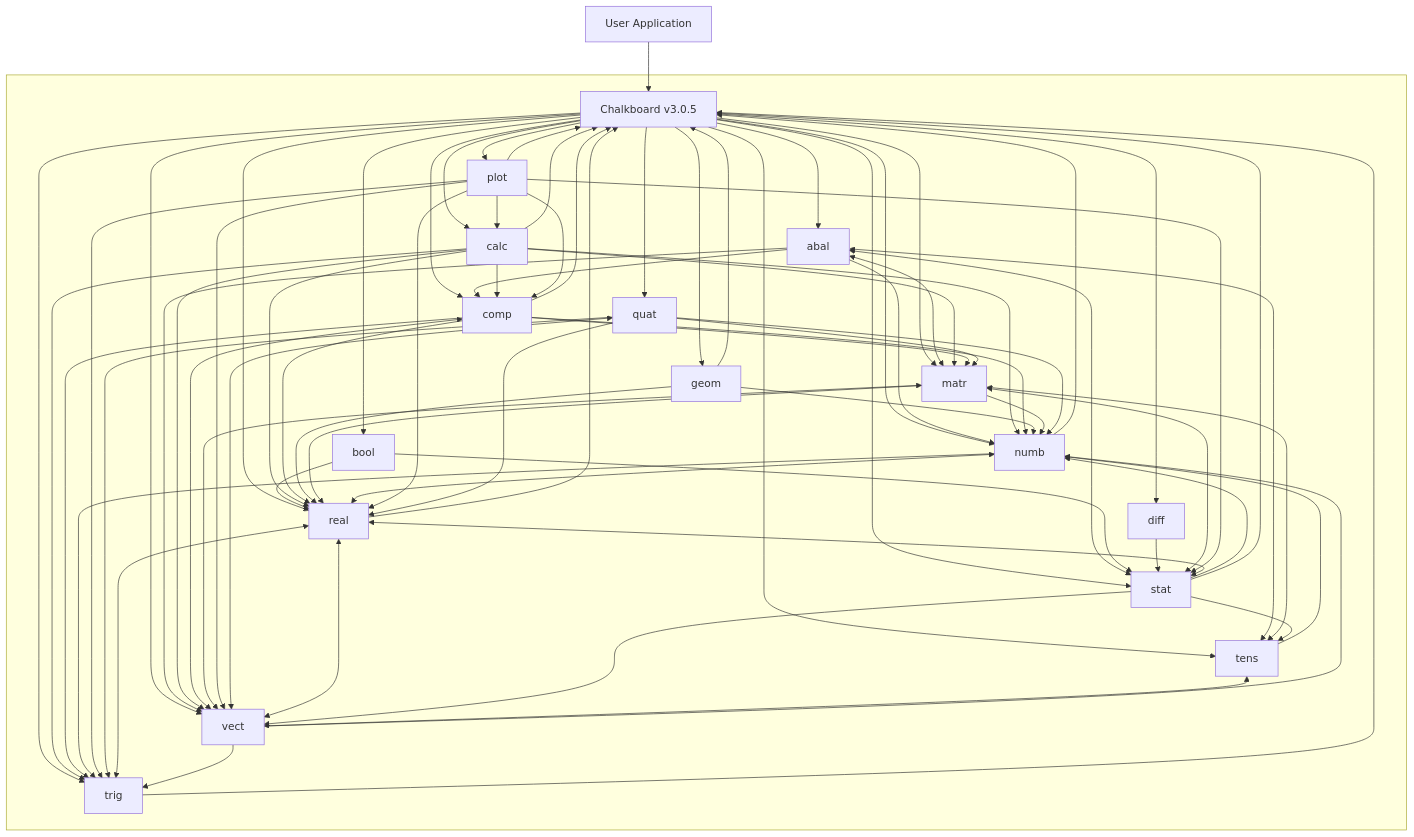
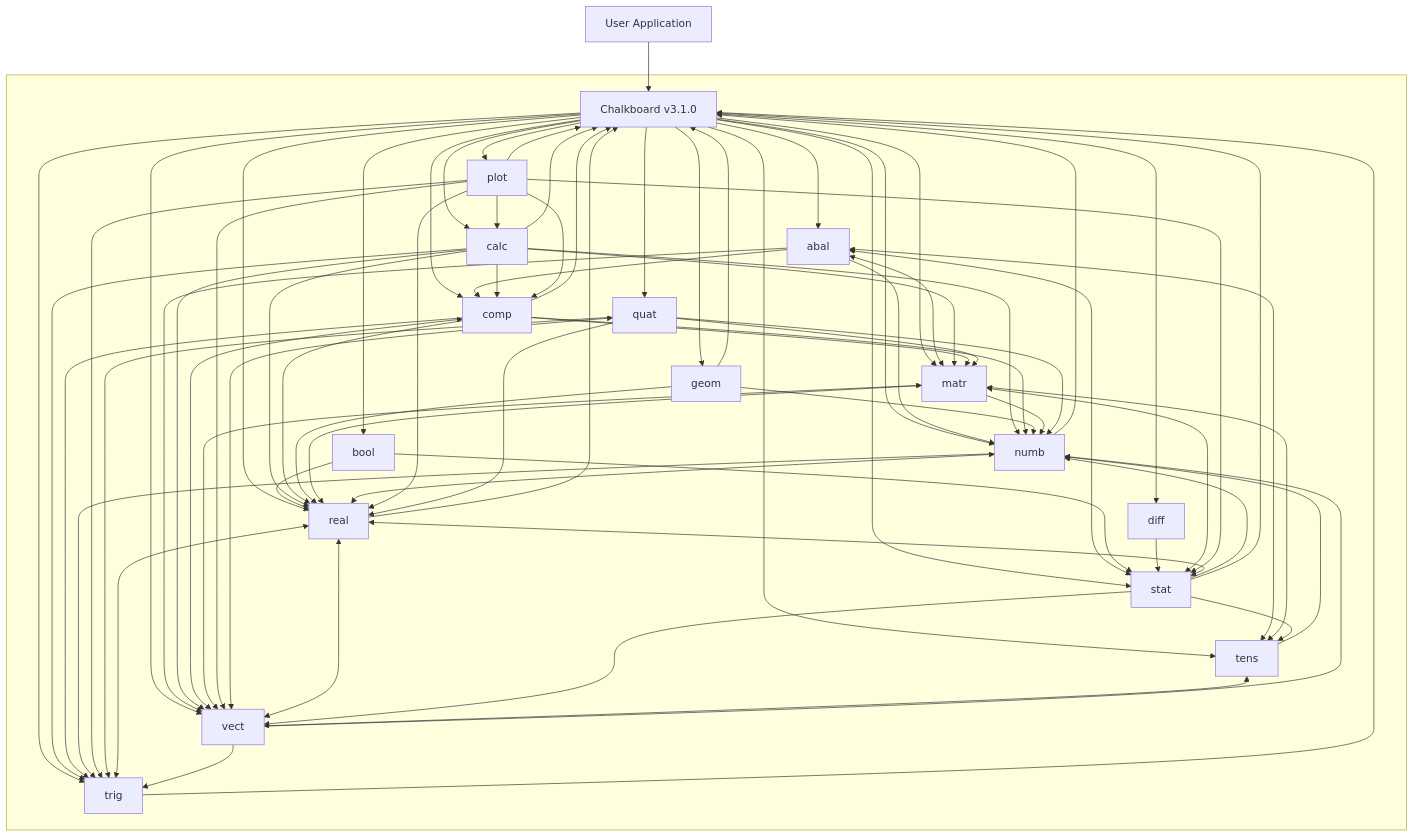
The diagram in ARCHITECTURE.md (Zushah/Chalkboard), drawn with Mermaid before and after one commit. The commit also changed other lines of this file and 57 other files, not shown here.

```diff
--- a/ARCHITECTURE.md
+++ b/ARCHITECTURE.md
@@ -60,7 +60,7 @@
 flowchart TB
     APP["User Application"]
     subgraph LIBRARY[" "]
-        CB["Chalkboard v3.0.5"]
+        CB["Chalkboard v3.1.0"]
         ABAL["abal"]
         BOOL["bool"]
         CALC["calc"]
```
